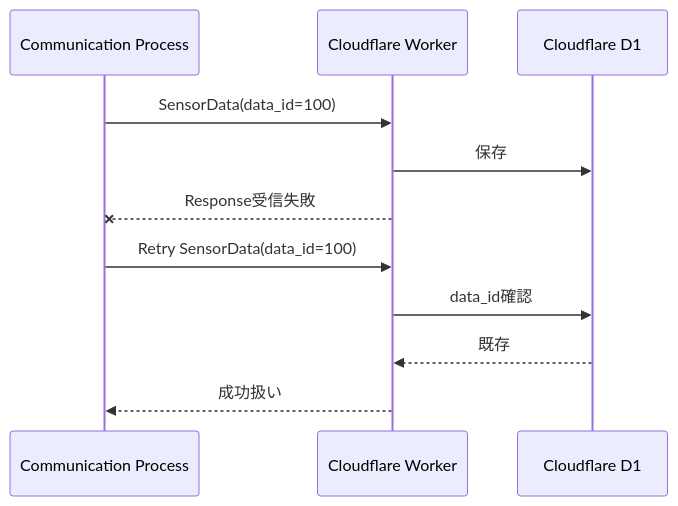
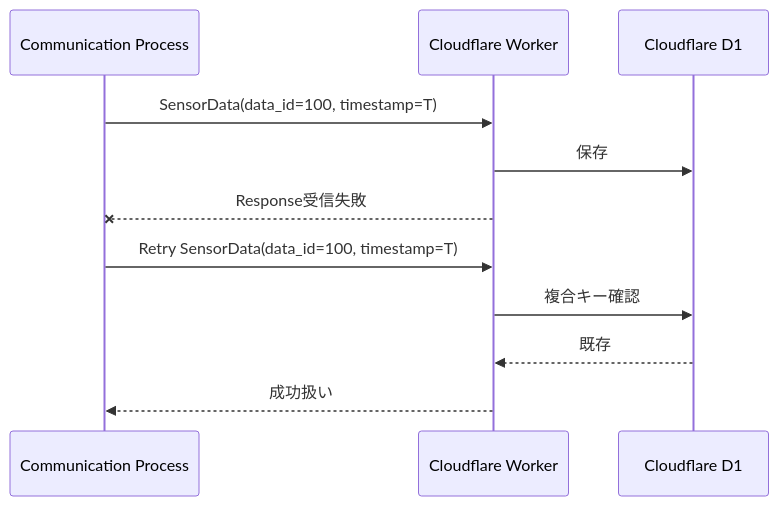
Before and after one commit to yujimasuda77777/Raspberry_Pi_4B_Edge_IoT_System: diagram 15 of 15 in docs/04_data_ipc_communication.md, drawn with Mermaid. The commit also changed other lines of this file and 1 other file, not shown here.

````diff
--- a/docs/04_data_ipc_communication.md
+++ b/docs/04_data_ipc_communication.md
@@ -960,14 +979,14 @@
 ```mermaid
 sequenceDiagram
     participant C as Communication Process
     participant W as Cloudflare Worker
     participant D as Cloudflare D1
 
-    C->>W: SensorData(data_id=100)
+    C->>W: SensorData(data_id=100, timestamp=T)
     W->>D: 保存
     W--x C: Response受信失敗
-    C->>W: Retry SensorData(data_id=100)
-    W->>D: data_id確認
+    C->>W: Retry SensorData(data_id=100, timestamp=T)
+    W->>D: 複合キー確認
     D-->>W: 既存
     W-->>C: 成功扱い
 ```
````
